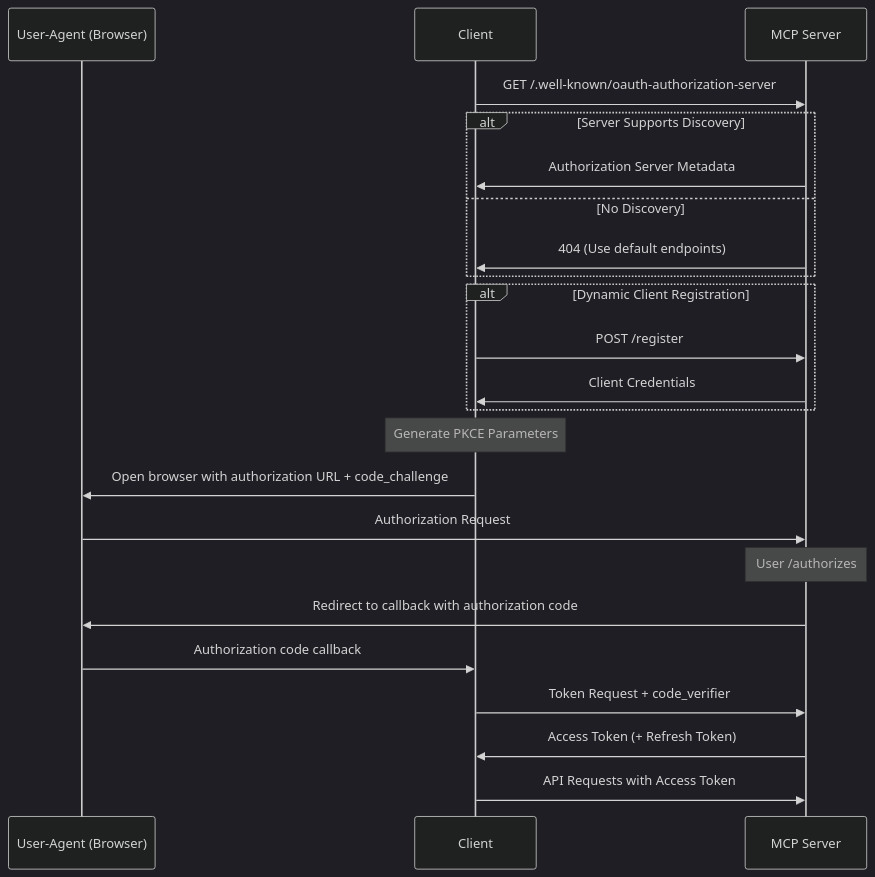
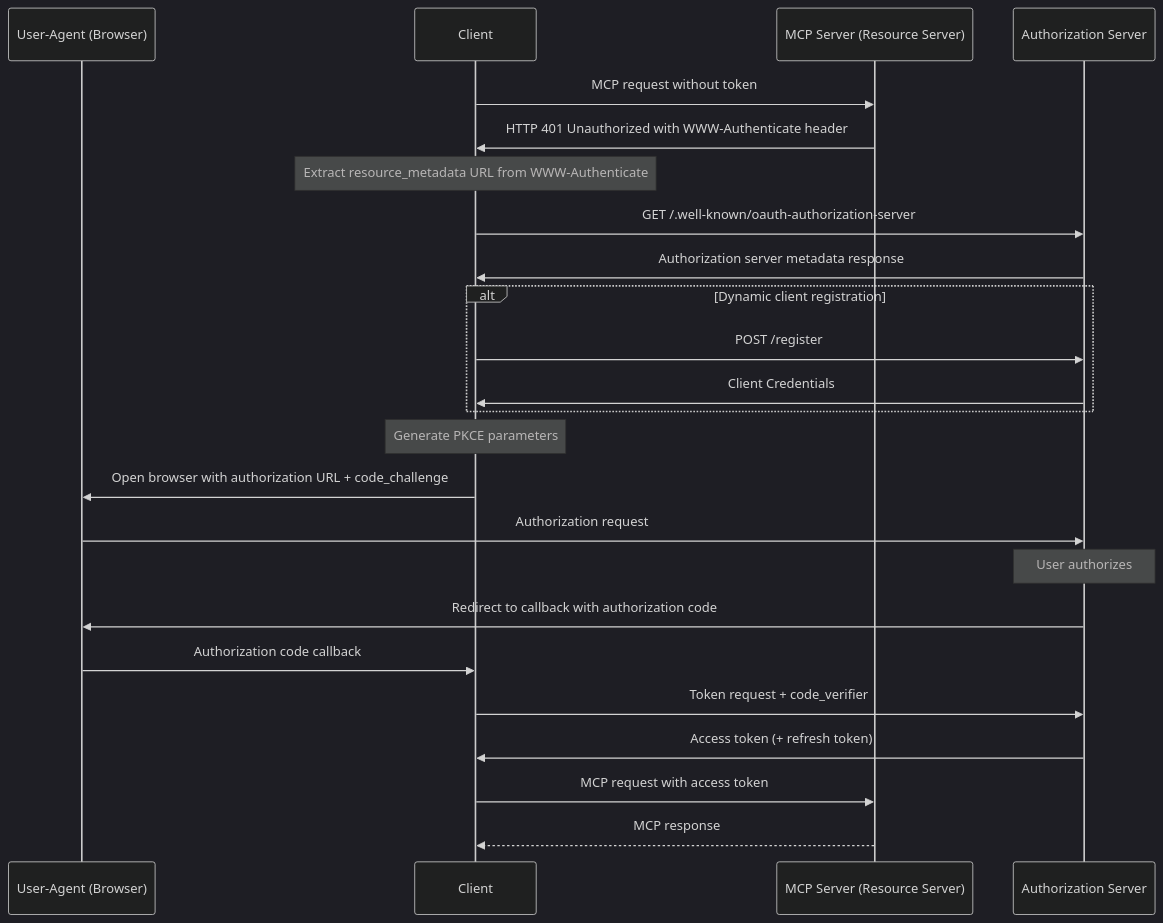
The second of 2 diagrams in docs/specification/draft/basic/authorization.mdx (zcstarr/modelcontextprotocol), drawn with Mermaid (dark theme) before and after one commit. The commit also changed other lines of this file, not shown here.

First line of the commit message:
authorization: Separate authorization server and resource server

````diff
--- a/docs/specification/draft/basic/authorization.mdx
+++ b/docs/specification/draft/basic/authorization.mdx
@@ -207,28 +171,30 @@
 ```mermaid
 sequenceDiagram
     participant B as User-Agent (Browser)
     participant C as Client
-    participant M as MCP Server
+    participant M as MCP Server (Resource Server)
+    participant A as Authorization Server
 
-    C->>M: GET /.well-known/oauth-authorization-server
-    alt Server Supports Discovery
-        M->>C: Authorization Server Metadata
-    else No Discovery
-        M->>C: 404 (Use default endpoints)
+    C->>M: MCP request without token
+    M->>C: HTTP 401 Unauthorized with WWW-Authenticate header
+    Note over C: Extract resource_metadata URL from WWW-Authenticate
+
+    C->>A: GET /.well-known/oauth-authorization-server
+    A->>C: Authorization server metadata response
+
+    alt Dynamic client registration
+        C->>A: POST /register
+        A->>C: Client Credentials
     end
 
-    alt Dynamic Client Registration
-        C->>M: POST /register
-        M->>C: Client Credentials
-    end
-
-    Note over C: Generate PKCE Parameters
+    Note over C: Generate PKCE parameters
     C->>B: Open browser with authorization URL + code_challenge
-    B->>M: Authorization Request
-    Note over M: User /authorizes
-    M->>B: Redirect to callback with authorization code
+    B->>A: Authorization request
+    Note over A: User authorizes
+    A->>B: Redirect to callback with authorization code
     B->>C: Authorization code callback
-    C->>M: Token Request + code_verifier
-    M->>C: Access Token (+ Refresh Token)
-    C->>M: API Requests with Access Token
+    C->>A: Token request + code_verifier
+    A->>C: Access token (+ refresh token)
+    C->>M: MCP request with access token
+    M-->>C: MCP response
 ```
````
